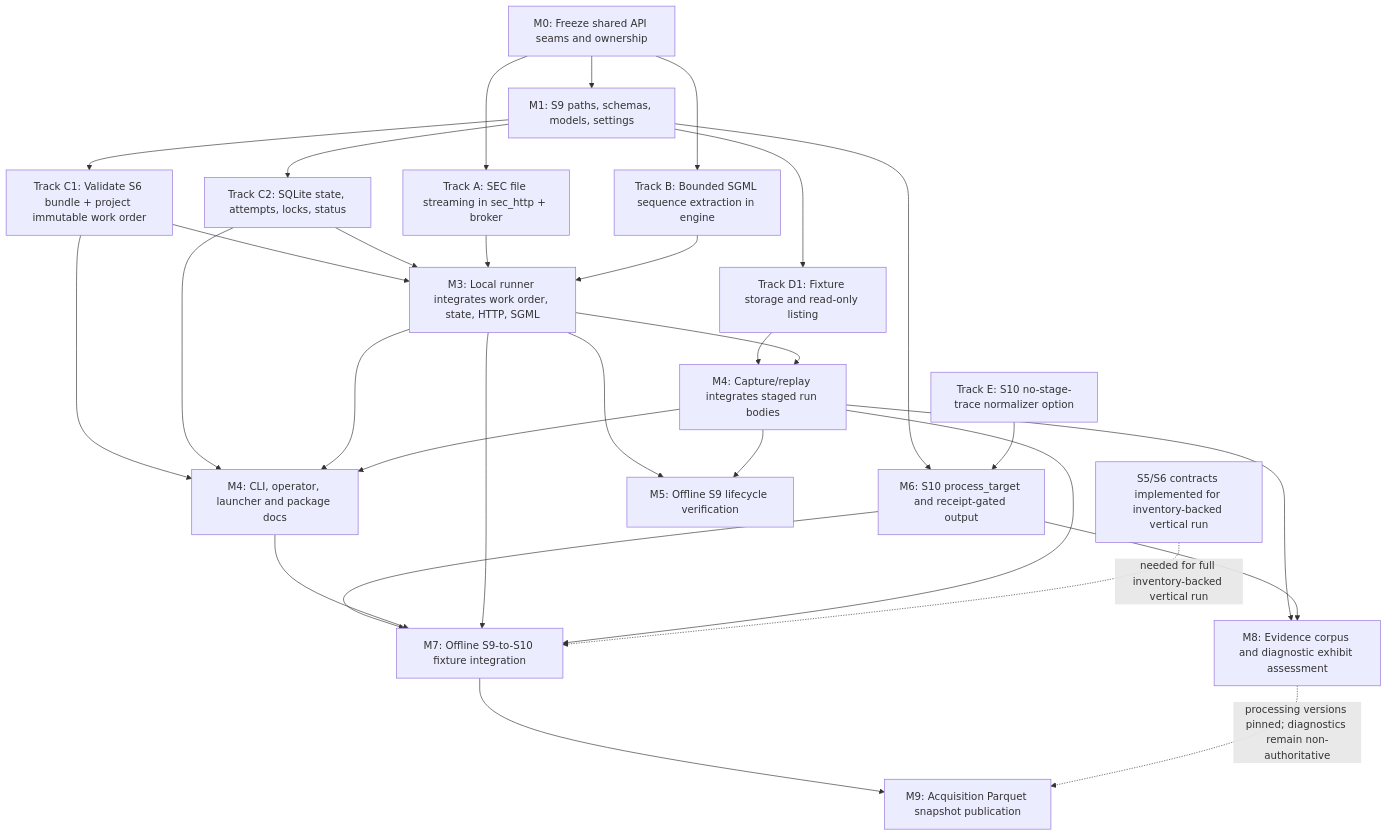
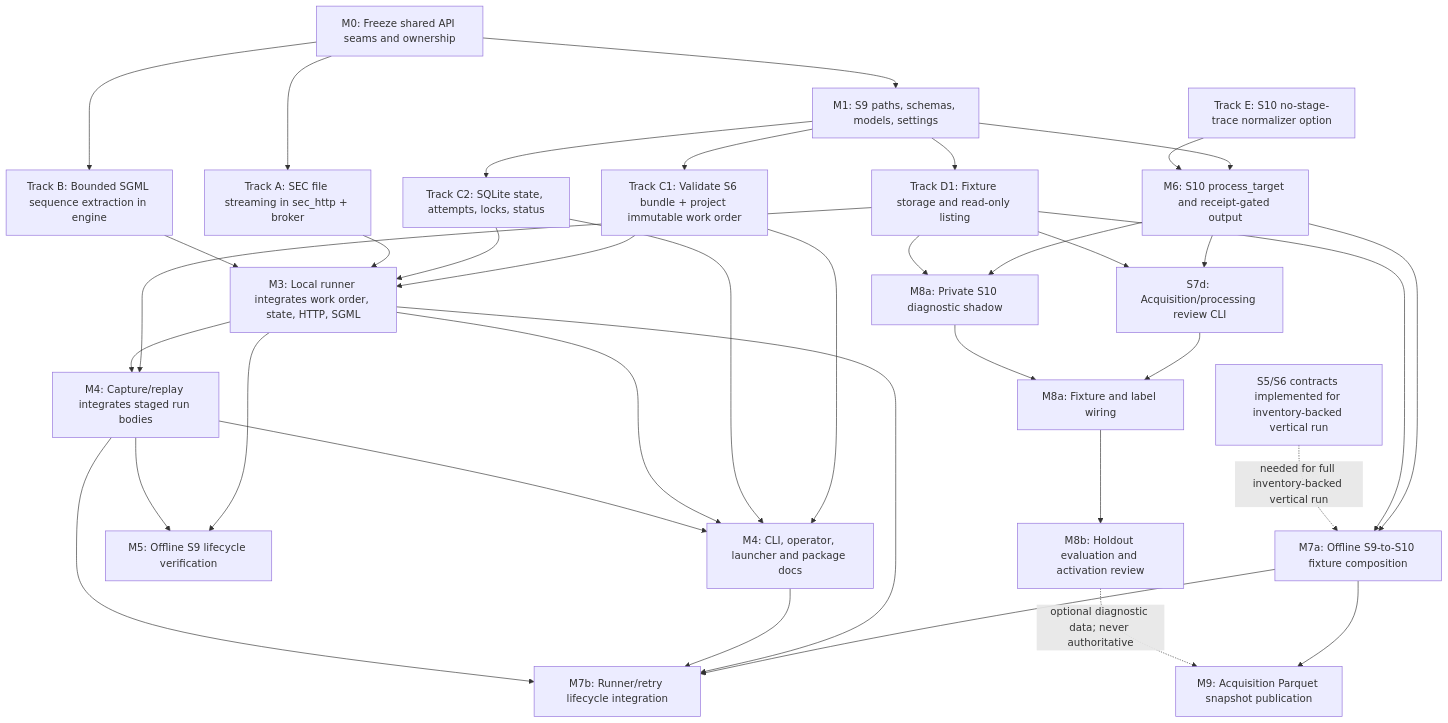
The diagram in roadmap/accession_document_flow/subplans/document_acquisition/plan.md (DerivedFunction01/edgar-sec), drawn with Mermaid before and after one commit. The commit also changed other lines of this file and 15 other files, not shown here.

Commit message:
feat: add document acquisition processing module and test suite

````diff
--- a/roadmap/accession_document_flow/subplans/document_acquisition/plan.md
+++ b/roadmap/accession_document_flow/subplans/document_acquisition/plan.md
@@ -80,50 +94,61 @@
 ```mermaid
 flowchart TD
     M0["M0: Freeze shared API seams and ownership"]
     M1["M1: S9 paths, schemas, models, settings"]
     HTTP["Track A: SEC file streaming in sec_http + broker"]
     SGML["Track B: Bounded SGML sequence extraction in engine"]
     PROJECT["Track C1: Validate S6 bundle + project immutable work order"]
     STATE["Track C2: SQLite state, attempts, locks, status"]
     FIXSTORE["Track D1: Fixture storage and read-only listing"]
     RUN["M3: Local runner integrates work order, state, HTTP, SGML"]
     FIX["M4: Capture/replay integrates staged run bodies"]
     CLI["M4: CLI, operator, launcher and package docs"]
     NTRACE["Track E: S10 no-stage-trace normalizer option"]
     PROCESS["M6: S10 process_target and receipt-gated output"]
     S9GATE["M5: Offline S9 lifecycle verification"]
-    GATE["M7: Offline S9-to-S10 fixture integration"]
-    TAXON["M8: Evidence corpus and diagnostic exhibit assessment"]
+    GATE["M7a: Offline S9-to-S10 fixture composition"]
+    RUN_GATE["M7b: Runner/retry lifecycle integration"]
+    S7D["S7d: Acquisition/processing review CLI"]
+    EVAL["M8a: Private S10 diagnostic shadow"]
+    REVIEW["M8a: Fixture and label wiring"]
+    TAXON["M8b: Holdout evaluation and activation review"]
     PUB["M9: Acquisition Parquet snapshot publication"]
     UPSTREAM["S5/S6 contracts implemented for inventory-backed vertical run"]
 
     M0 --> M1
     M0 --> HTTP
     M0 --> SGML
     M1 --> PROJECT
     M1 --> STATE
     M1 --> FIXSTORE
     M1 --> PROCESS
     NTRACE --> PROCESS
     PROJECT --> RUN
     STATE --> RUN
     HTTP --> RUN
     SGML --> RUN
     FIXSTORE --> FIX
     RUN --> FIX
     PROCESS --> GATE
+    FIXSTORE --> GATE
+    GATE --> RUN_GATE
+    RUN --> RUN_GATE
+    CLI --> RUN_GATE
+    FIX --> RUN_GATE
     RUN --> S9GATE
     FIX --> S9GATE
     PROJECT --> CLI
     STATE --> CLI
     RUN --> CLI
     FIX --> CLI
-    CLI --> GATE
-    RUN --> GATE
-    FIX --> GATE
-    FIX --> TAXON
-    PROCESS --> TAXON
+    PROCESS --> S7D
+    FIXSTORE --> S7D
+    PROCESS --> EVAL
+    FIXSTORE --> EVAL
+    S7D --> REVIEW
+    EVAL --> REVIEW
+    REVIEW --> TAXON
     GATE --> PUB
-    TAXON -. "processing versions pinned; diagnostics remain non-authoritative" .-> PUB
+    TAXON -. "optional diagnostic data; never authoritative" .-> PUB
     UPSTREAM -. "needed for full inventory-backed vertical run" .-> GATE
 ```
````
